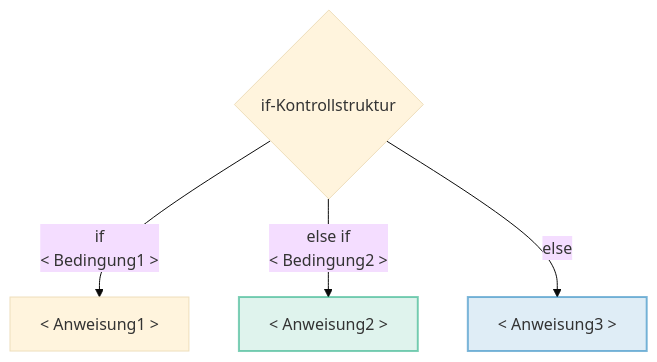
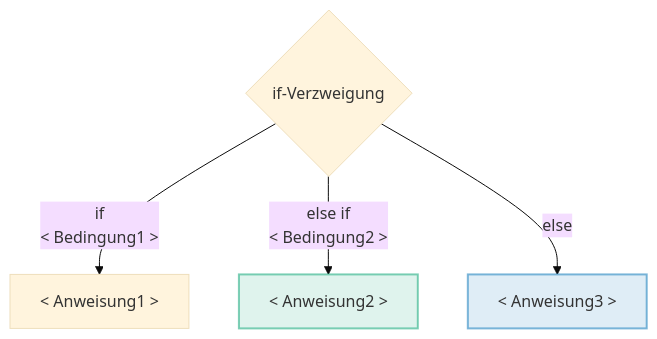
The first of 2 diagrams in docs/woche03/3a-konditionen/if-kontrollstruktur.md (codingluke/bbzbl-modul-319), drawn with Mermaid (base theme) before and after one commit. The commit also changed other lines of this file and 10 other files, not shown here.

````diff
--- a/docs/woche03/3a-konditionen/if-kontrollstruktur.md
+++ b/docs/woche03/3a-konditionen/if-kontrollstruktur.md
@@ -53,10 +53,10 @@
 ```mermaid
 flowchart TD
-    C{if-Kontrollstruktur}
+    C{if-Verzweigung}
     C -->|"if\n< Bedingung1 >"| D["< Anweisung1 >"]
     C -->|"else if\n< Bedingung2 >"| E["< Anweisung2 >"]
     C -->|else| F["< Anweisung3 >"]
 
     style E fill:#00A17020,stroke:#00A17080,stroke-width:2px
     style F fill:#0072B520,stroke:#0072B580,stroke-width:2px
 ```
````
